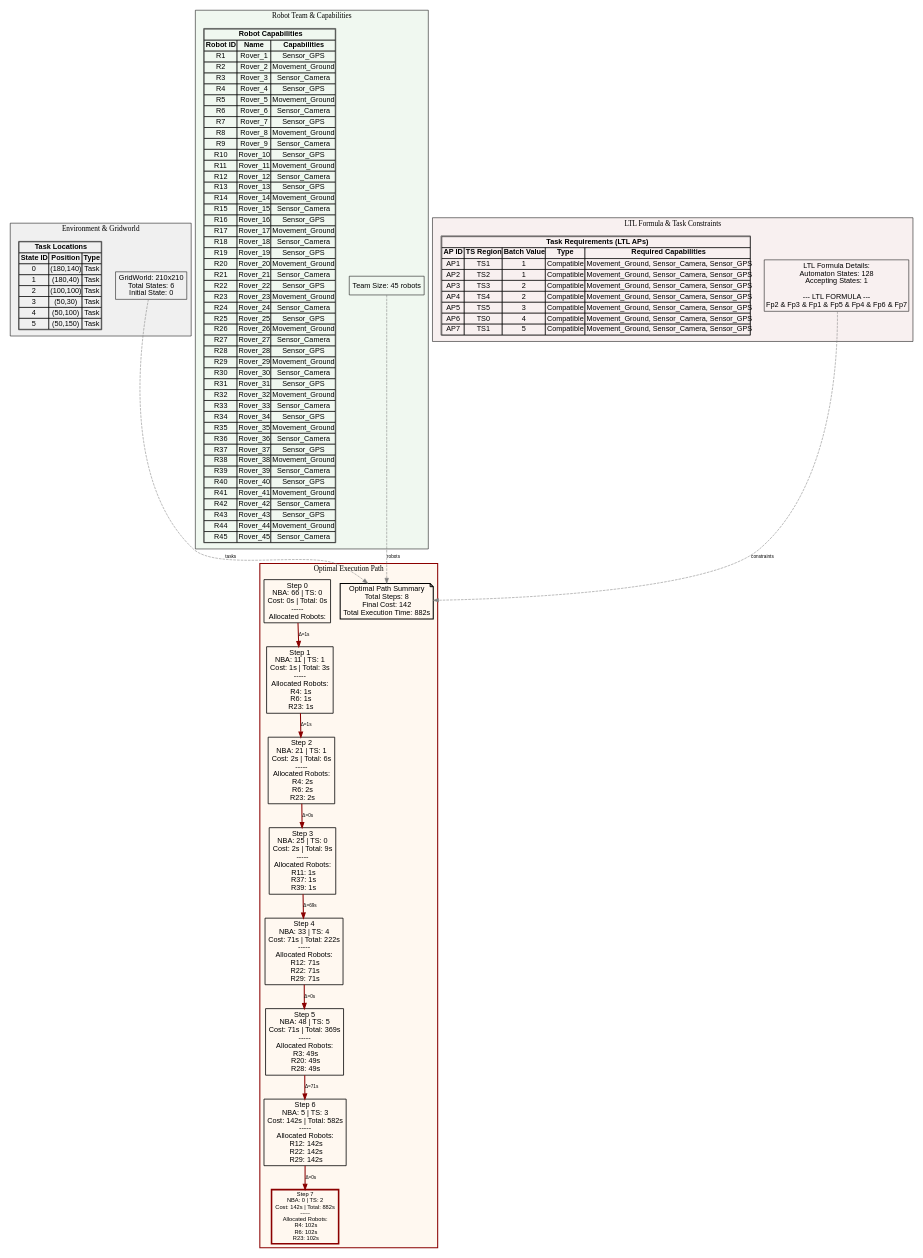
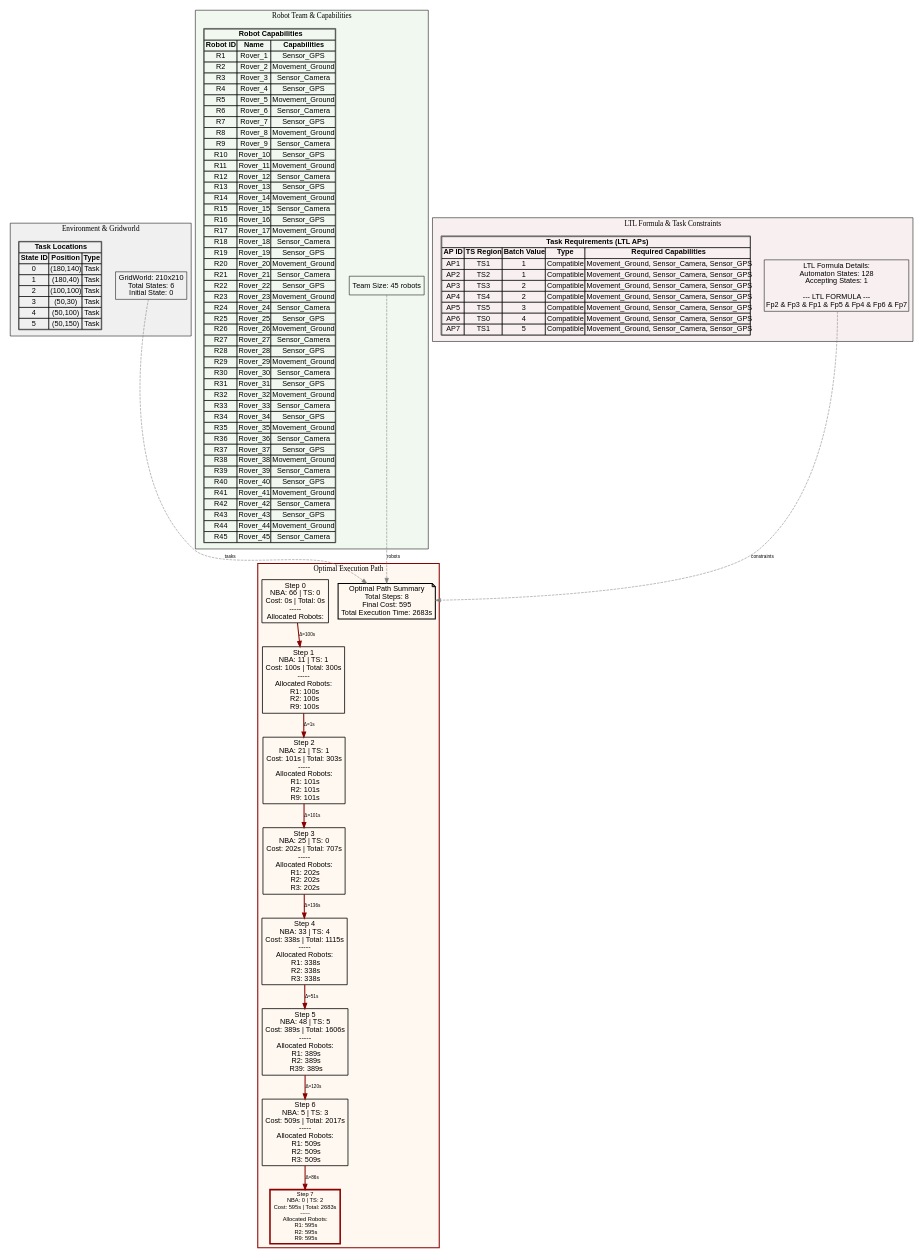
One commit to jrourke48/HMRTA_with_Multi-Capability_Robots changed the diagram in MCTB-PDT/organizedtests/automaton_states_batch/output/automaton_test_2intertaskconstraints_14_path.dot. Above: the diagram before and after it, drawn with Graphviz. The commit also changed 316 other files, not shown here.

```diff
--- a/MCTB-PDT/organizedtests/automaton_states_batch/output/automaton_test_2intertaskconstraints_14_path.dot
+++ b/MCTB-PDT/organizedtests/automaton_states_batch/output/automaton_test_2intertaskconstraints_14_path.dot
@@ -1,145 +1,145 @@
 digraph ComprehensiveOptimalPath {
   rankdir=TB;
   concentrate=true;
   node [fontname=Arial];
   edge [fontname=Arial, fontsize=9];
 
   subgraph cluster_environment {
     label="Environment & Gridworld";
     style=filled;
     fillcolor="#F0F0F0";
     color=black;
 
     env_info [shape=box, label="GridWorld: 210x210\nTotal States: 6\nInitial State: 0\n", fillcolor="#E8F4F8"];
 
     env_tasks [shape=plaintext, label=<
       <TABLE BORDER="1" CELLBORDER="1" CELLSPACING="0">
         <TR><TD COLSPAN="3"><B>Task Locations</B></TD></TR>
         <TR><TD><B>State ID</B></TD><TD><B>Position</B></TD><TD><B>Type</B></TD></TR>
         <TR><TD>0</TD><TD>(180,140)</TD><TD>Task</TD></TR>
         <TR><TD>1</TD><TD>(180,40)</TD><TD>Task</TD></TR>
         <TR><TD>2</TD><TD>(100,100)</TD><TD>Task</TD></TR>
         <TR><TD>3</TD><TD>(50,30)</TD><TD>Task</TD></TR>
         <TR><TD>4</TD><TD>(50,100)</TD><TD>Task</TD></TR>
         <TR><TD>5</TD><TD>(50,150)</TD><TD>Task</TD></TR>
       </TABLE>
     >];
   }
 
   subgraph cluster_robots {
     label="Robot Team & Capabilities";
     style=filled;
     fillcolor="#F0F8F0";
     color=black;
 
     team_info [shape=box, label="Team Size: 45 robots\n", fillcolor="#E8F8E8"];
 
     robot_caps [shape=plaintext, label=<
       <TABLE BORDER="1" CELLBORDER="1" CELLSPACING="0">
         <TR><TD COLSPAN="3"><B>Robot Capabilities</B></TD></TR>
         <TR><TD><B>Robot ID</B></TD><TD><B>Name</B></TD><TD><B>Capabilities</B></TD></TR>
         <TR><TD>R1</TD><TD>Rover_1</TD><TD>Sensor_GPS</TD></TR>
         <TR><TD>R2</TD><TD>Rover_2</TD><TD>Movement_Ground</TD></TR>
         <TR><TD>R3</TD><TD>Rover_3</TD><TD>Sensor_Camera</TD></TR>
         <TR><TD>R4</TD><TD>Rover_4</TD><TD>Sensor_GPS</TD></TR>
         <TR><TD>R5</TD><TD>Rover_5</TD><TD>Movement_Ground</TD></TR>
         <TR><TD>R6</TD><TD>Rover_6</TD><TD>Sensor_Camera</TD></TR>
         <TR><TD>R7</TD><TD>Rover_7</TD><TD>Sensor_GPS</TD></TR>
         <TR><TD>R8</TD><TD>Rover_8</TD><TD>Movement_Ground</TD></TR>
         <TR><TD>R9</TD><TD>Rover_9</TD><TD>Sensor_Camera</TD></TR>
         <TR><TD>R10</TD><TD>Rover_10</TD><TD>Sensor_GPS</TD></TR>
         <TR><TD>R11</TD><TD>Rover_11</TD><TD>Movement_Ground</TD></TR>
         <TR><TD>R12</TD><TD>Rover_12</TD><TD>Sensor_Camera</TD></TR>
         <TR><TD>R13</TD><TD>Rover_13</TD><TD>Sensor_GPS</TD></TR>
         <TR><TD>R14</TD><TD>Rover_14</TD><TD>Movement_Ground</TD></TR>
         <TR><TD>R15</TD><TD>Rover_15</TD><TD>Sensor_Camera</TD></TR>
         <TR><TD>R16</TD><TD>Rover_16</TD><TD>Sensor_GPS</TD></TR>
         <TR><TD>R17</TD><TD>Rover_17</TD><TD>Movement_Ground</TD></TR>
         <TR><TD>R18</TD><TD>Rover_18</TD><TD>Sensor_Camera</TD></TR>
         <TR><TD>R19</TD><TD>Rover_19</TD><TD>Sensor_GPS</TD></TR>
         <TR><TD>R20</TD><TD>Rover_20</TD><TD>Movement_Ground</TD></TR>
         <TR><TD>R21</TD><TD>Rover_21</TD><TD>Sensor_Camera</TD></TR>
         <TR><TD>R22</TD><TD>Rover_22</TD><TD>Sensor_GPS</TD></TR>
         <TR><TD>R23</TD><TD>Rover_23</TD><TD>Movement_Ground</TD></TR>
         <TR><TD>R24</TD><TD>Rover_24</TD><TD>Sensor_Camera</TD></TR>
         <TR><TD>R25</TD><TD>Rover_25</TD><TD>Sensor_GPS</TD></TR>
         <TR><TD>R26</TD><TD>Rover_26</TD><TD>Movement_Ground</TD></TR>
         <TR><TD>R27</TD><TD>Rover_27</TD><TD>Sensor_Camera</TD></TR>
         <TR><TD>R28</TD><TD>Rover_28</TD><TD>Sensor_GPS</TD></TR>
         <TR><TD>R29</TD><TD>Rover_29</TD><TD>Movement_Ground</TD></TR>
         <TR><TD>R30</TD><TD>Rover_30</TD><TD>Sensor_Camera</TD></TR>
         <TR><TD>R31</TD><TD>Rover_31</TD><TD>Sensor_GPS</TD></TR>
         <TR><TD>R32</TD><TD>Rover_32</TD><TD>Movement_Ground</TD></TR>
         <TR><TD>R33</TD><TD>Rover_33</TD><TD>Sensor_Camera</TD></TR>
         <TR><TD>R34</TD><TD>Rover_34</TD><TD>Sensor_GPS</TD></TR>
         <TR><TD>R35</TD><TD>Rover_35</TD><TD>Movement_Ground</TD></TR>
         <TR><TD>R36</TD><TD>Rover_36</TD><TD>Sensor_Camera</TD></TR>
         <TR><TD>R37</TD><TD>Rover_37</TD><TD>Sensor_GPS</TD></TR>
         <TR><TD>R38</TD><TD>Rover_38</TD><TD>Movement_Ground</TD></TR>
         <TR><TD>R39</TD><TD>Rover_39</TD><TD>Sensor_Camera</TD></TR>
         <TR><TD>R40</TD><TD>Rover_40</TD><TD>Sensor_GPS</TD></TR>
         <TR><TD>R41</TD><TD>Rover_41</TD><TD>Movement_Ground</TD></TR>
         <TR><TD>R42</TD><TD>Rover_42</TD><TD>Sensor_Camera</TD></TR>
         <TR><TD>R43</TD><TD>Rover_43</TD><TD>Sensor_GPS</TD></TR>
         <TR><TD>R44</TD><TD>Rover_44</TD><TD>Movement_Ground</TD></TR>
         <TR><TD>R45</TD><TD>Rover_45</TD><TD>Sensor_Camera</TD></TR>
       </TABLE>
     >];
   }
 
   subgraph cluster_ltl {
     label="LTL Formula & Task Constraints";
     style=filled;
     fillcolor="#F8F0F0";
     color=black;
 
     ltl_info [shape=box, label="LTL Formula Details:\nAutomaton States: 128\nAccepting States: 1\n\n--- LTL FORMULA ---\nFp2 & Fp3 & Fp1 & Fp5 & Fp4 & Fp6 & Fp7", fillcolor="#F8E8E8"];
 
     ltl_tasks [shape=plaintext, label=<
       <TABLE BORDER="1" CELLBORDER="1" CELLSPACING="0">
         <TR><TD COLSPAN="5"><B>Task Requirements (LTL APs)</B></TD></TR>
         <TR><TD><B>AP ID</B></TD><TD><B>TS Region</B></TD><TD><B>Batch Value</B></TD><TD><B>Type</B></TD><TD><B>Required Capabilities</B></TD></TR>
         <TR><TD>AP1</TD><TD>TS1</TD><TD>1</TD><TD>Compatible</TD><TD>Movement_Ground, Sensor_Camera, Sensor_GPS</TD></TR>
         <TR><TD>AP2</TD><TD>TS2</TD><TD>1</TD><TD>Compatible</TD><TD>Movement_Ground, Sensor_Camera, Sensor_GPS</TD></TR>
         <TR><TD>AP3</TD><TD>TS3</TD><TD>2</TD><TD>Compatible</TD><TD>Movement_Ground, Sensor_Camera, Sensor_GPS</TD></TR>
         <TR><TD>AP4</TD><TD>TS4</TD><TD>2</TD><TD>Compatible</TD><TD>Movement_Ground, Sensor_Camera, Sensor_GPS</TD></TR>
         <TR><TD>AP5</TD><TD>TS5</TD><TD>3</TD><TD>Compatible</TD><TD>Movement_Ground, Sensor_Camera, Sensor_GPS</TD></TR>
         <TR><TD>AP6</TD><TD>TS0</TD><TD>4</TD><TD>Compatible</TD><TD>Movement_Ground, Sensor_Camera, Sensor_GPS</TD></TR>
         <TR><TD>AP7</TD><TD>TS1</TD><TD>5</TD><TD>Compatible</TD><TD>Movement_Ground, Sensor_Camera, Sensor_GPS</TD></TR>
       </TABLE>
     >];
   }
 
   subgraph cluster_path {
     label="Optimal Execution Path";
     style=filled;
     fillcolor="#FFF8F0";
     color=darkred;
     penwidth=2;
 
-    path_summary [shape=note, label="Optimal Path Summary\nTotal Steps: 8\nFinal Cost: 142\nTotal Execution Time: 882s\n", fillcolor="#FFFFCC", penwidth=2];
+    path_summary [shape=note, label="Optimal Path Summary\nTotal Steps: 8\nFinal Cost: 595\nTotal Execution Time: 2683s\n", fillcolor="#FFFFCC", penwidth=2];
 
     opt_0 [shape=box, label="Step 0\nNBA: 66 | TS: 0\nCost: 0s | Total: 0s\n-----\nAllocated Robots:\n", fillcolor="#B3E5FC", penwidth=1.5];
-    opt_1 [shape=box, label="Step 1\nNBA: 11 | TS: 1\nCost: 1s | Total: 3s\n-----\nAllocated Robots:\n  R4: 1s\n  R6: 1s\n  R23: 1s\n", fillcolor="#B3E5FC", penwidth=1.5];
-    opt_2 [shape=box, label="Step 2\nNBA: 21 | TS: 1\nCost: 2s | Total: 6s\n-----\nAllocated Robots:\n  R4: 2s\n  R6: 2s\n  R23: 2s\n", fillcolor="#B3E5FC", penwidth=1.5];
-    opt_3 [shape=box, label="Step 3\nNBA: 25 | TS: 0\nCost: 2s | Total: 9s\n-----\nAllocated Robots:\n  R11: 1s\n  R37: 1s\n  R39: 1s\n", fillcolor="#B3E5FC", penwidth=1.5];
-    opt_4 [shape=box, label="Step 4\nNBA: 33 | TS: 4\nCost: 71s | Total: 222s\n-----\nAllocated Robots:\n  R12: 71s\n  R22: 71s\n  R29: 71s\n", fillcolor="#B3E5FC", penwidth=1.5];
-    opt_5 [shape=box, label="Step 5\nNBA: 48 | TS: 5\nCost: 71s | Total: 369s\n-----\nAllocated Robots:\n  R3: 49s\n  R20: 49s\n  R28: 49s\n", fillcolor="#B3E5FC", penwidth=1.5];
-    opt_6 [shape=box, label="Step 6\nNBA: 5 | TS: 3\nCost: 142s | Total: 582s\n-----\nAllocated Robots:\n  R12: 142s\n  R22: 142s\n  R29: 142s\n", fillcolor="#B3E5FC", penwidth=1.5];
-    opt_7 [shape=box, label="Step 7\nNBA: 0 | TS: 2\nCost: 142s | Total: 882s\n-----\nAllocated Robots:\n  R4: 102s\n  R6: 102s\n  R23: 102s\n", fillcolor="#FF6B6B", penwidth=3, color=darkred, fontweight=bold, fontsize=11];
+    opt_1 [shape=box, label="Step 1\nNBA: 11 | TS: 1\nCost: 100s | Total: 300s\n-----\nAllocated Robots:\n  R1: 100s\n  R2: 100s\n  R9: 100s\n", fillcolor="#B3E5FC", penwidth=1.5];
+    opt_2 [shape=box, label="Step 2\nNBA: 21 | TS: 1\nCost: 101s | Total: 303s\n-----\nAllocated Robots:\n  R1: 101s\n  R2: 101s\n  R9: 101s\n", fillcolor="#B3E5FC", penwidth=1.5];
+    opt_3 [shape=box, label="Step 3\nNBA: 25 | TS: 0\nCost: 202s | Total: 707s\n-----\nAllocated Robots:\n  R1: 202s\n  R2: 202s\n  R3: 202s\n", fillcolor="#B3E5FC", penwidth=1.5];
+    opt_4 [shape=box, label="Step 4\nNBA: 33 | TS: 4\nCost: 338s | Total: 1115s\n-----\nAllocated Robots:\n  R1: 338s\n  R2: 338s\n  R3: 338s\n", fillcolor="#B3E5FC", penwidth=1.5];
+    opt_5 [shape=box, label="Step 5\nNBA: 48 | TS: 5\nCost: 389s | Total: 1606s\n-----\nAllocated Robots:\n  R1: 389s\n  R2: 389s\n  R39: 389s\n", fillcolor="#B3E5FC", penwidth=1.5];
+    opt_6 [shape=box, label="Step 6\nNBA: 5 | TS: 3\nCost: 509s | Total: 2017s\n-----\nAllocated Robots:\n  R1: 509s\n  R2: 509s\n  R3: 509s\n", fillcolor="#B3E5FC", penwidth=1.5];
+    opt_7 [shape=box, label="Step 7\nNBA: 0 | TS: 2\nCost: 595s | Total: 2683s\n-----\nAllocated Robots:\n  R1: 595s\n  R2: 595s\n  R9: 595s\n", fillcolor="#FF6B6B", penwidth=3, color=darkred, fontweight=bold, fontsize=11];
 
-    opt_0 -> opt_1 [label="Δ=1s", penwidth=2, color=darkred];
+    opt_0 -> opt_1 [label="Δ=100s", penwidth=2, color=darkred];
     opt_1 -> opt_2 [label="Δ=1s", penwidth=2, color=darkred];
-    opt_2 -> opt_3 [label="Δ=0s", penwidth=2, color=darkred];
-    opt_3 -> opt_4 [label="Δ=69s", penwidth=2, color=darkred];
-    opt_4 -> opt_5 [label="Δ=0s", penwidth=2, color=darkred];
-    opt_5 -> opt_6 [label="Δ=71s", penwidth=2, color=darkred];
-    opt_6 -> opt_7 [label="Δ=0s", penwidth=2, color=darkred];
+    opt_2 -> opt_3 [label="Δ=101s", penwidth=2, color=darkred];
+    opt_3 -> opt_4 [label="Δ=136s", penwidth=2, color=darkred];
+    opt_4 -> opt_5 [label="Δ=51s", penwidth=2, color=darkred];
+    opt_5 -> opt_6 [label="Δ=120s", penwidth=2, color=darkred];
+    opt_6 -> opt_7 [label="Δ=86s", penwidth=2, color=darkred];
   }
 
   // Connections between clusters
   env_info -> path_summary [style=dashed, color=gray, label="tasks"];
   team_info -> path_summary [style=dashed, color=gray, label="robots"];
   ltl_info -> path_summary [style=dashed, color=gray, label="constraints"];
 
 }
```
